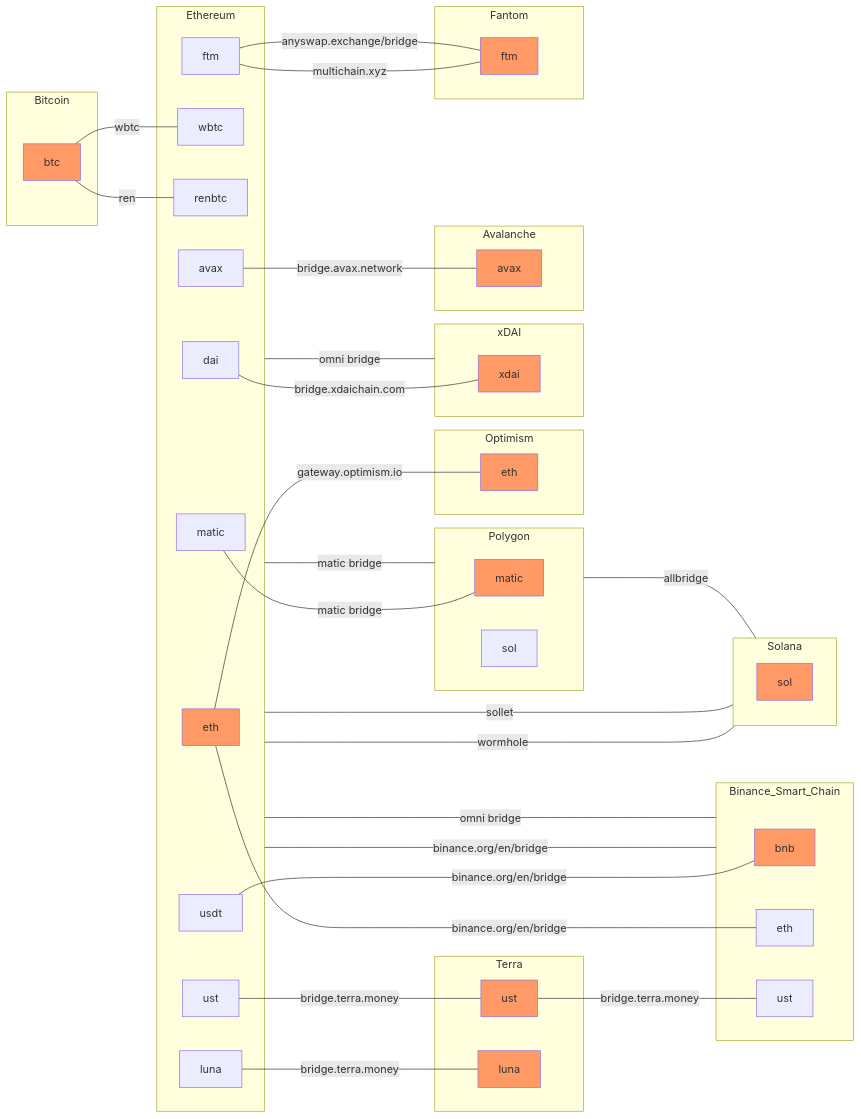
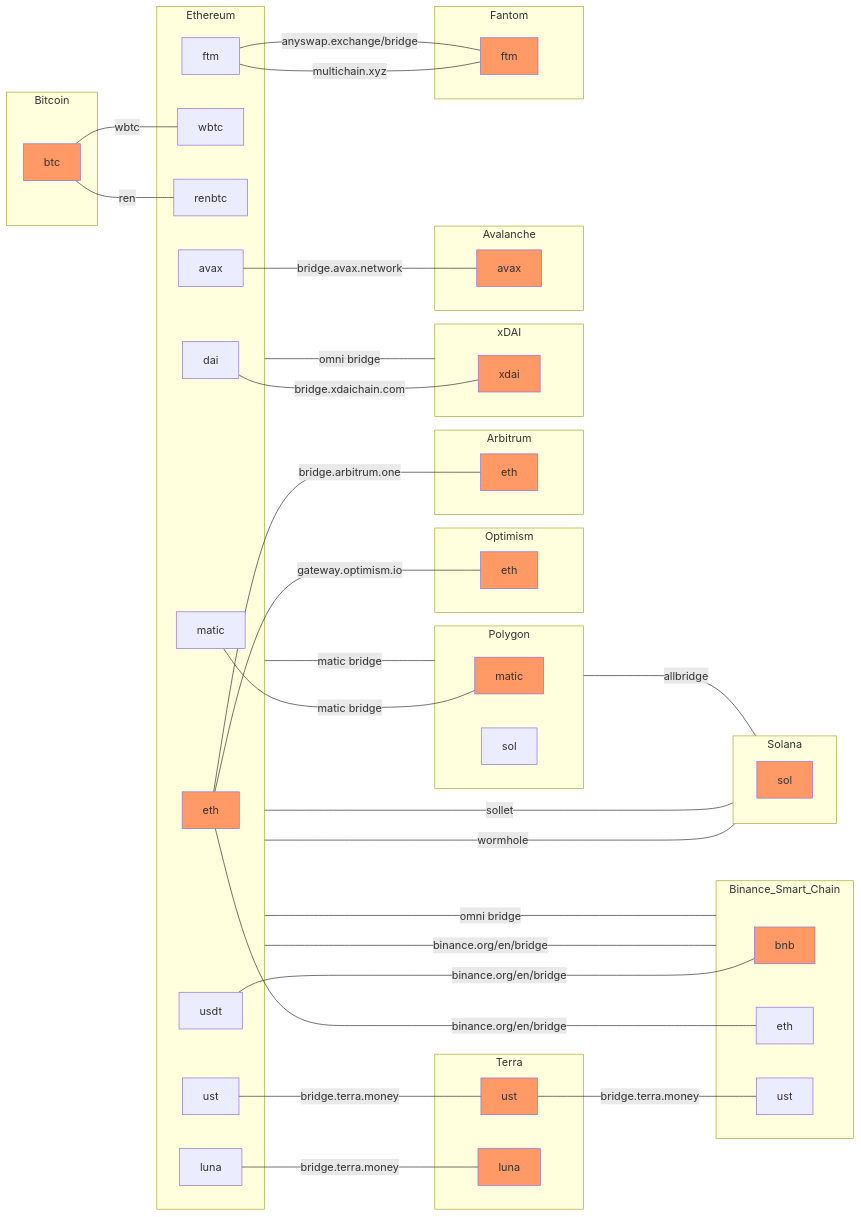
Before and after one commit to djma/cryptomaps: the diagram in traversing-chains/traversing-chains.mermaid, drawn with Mermaid.

Commit message:
Add Arbitrum

```diff
--- a/traversing-chains/traversing-chains.mermaid
+++ b/traversing-chains/traversing-chains.mermaid
@@ -1,84 +1,90 @@
 flowchart LR
     classDef native fill:#f96;
 
     subgraph "Ethereum"
     eth-eth[eth]:::native
     eth-wbtc[wbtc]
     eth-renbtc[renbtc]
     eth-dai[dai]
     eth-ust[ust]
     eth-luna[luna]
     eth-usdt[usdt]
     eth-matic[matic]
     eth-avax[avax]
     eth-ftm[ftm]
     end
 
     subgraph "Polygon"
     polygon-matic[matic]:::native
     polygon-sol[sol]
     end
 
     subgraph Binance_Smart_Chain
     bsc-bnb[bnb]:::native
     bsc-eth[eth]
     bsc-ust[ust]
     end
 
     subgraph "Terra"
     terra-ust[ust]:::native
     terra-luna[luna]:::native
     end
 
     subgraph "Solana"
     solana-sol[sol]:::native
     end
 
     subgraph "Bitcoin"
     bitcoin-btc[btc]:::native
     end
 
     subgraph "Optimism"
     optimism-eth[eth]:::native
     end
+    
+    subgraph "Arbitrum"
+    arbitrum-eth[eth]:::native
+    end
 
     subgraph "xDAI"
     xdai-xdai[xdai]:::native
     end
 
     subgraph "Avalanche"
     avalanche-avax[avax]:::native
     end
 
     subgraph "Fantom"
     fantom-ftm[ftm]:::native
     end
 
     eth-ust ---|"bridge.terra.money"| terra-ust
     eth-luna ---|"bridge.terra.money"| terra-luna
     terra-ust ---|"bridge.terra.money"| bsc-ust
 
     eth-eth ---|"gateway.optimism.io"| optimism-eth
+    
+    eth-eth ---|"bridge.arbitrum.one"| arbitrum-eth
 
     eth-avax[avax] ---|"bridge.avax.network"| avalanche-avax
 
     eth-ftm[ftm] ---|"multichain.xyz"| fantom-ftm
     eth-ftm[ftm] ---|"anyswap.exchange/bridge"| fantom-ftm
     
     eth-dai ---|"bridge.xdaichain.com"| xdai-xdai
 
     eth-usdt ---|"binance.org/en/bridge"| bsc-bnb
     eth-eth ---|"binance.org/en/bridge"| bsc-eth
 
     eth-matic ---|"matic bridge"| polygon-matic
     
     bitcoin-btc ---|"ren"| eth-renbtc
     bitcoin-btc ---|"wbtc"| eth-wbtc
 
     Ethereum ---|"omni bridge"| xDAI
     Ethereum ---|"binance.org/en/bridge"| Binance_Smart_Chain
     Ethereum ---|"omni bridge"| Binance_Smart_Chain
     Ethereum ---|"wormhole"| Solana
     Ethereum ---|"sollet"| Solana
     Ethereum ---|"matic bridge"| Polygon
     Polygon ---|"allbridge"| Solana
```
